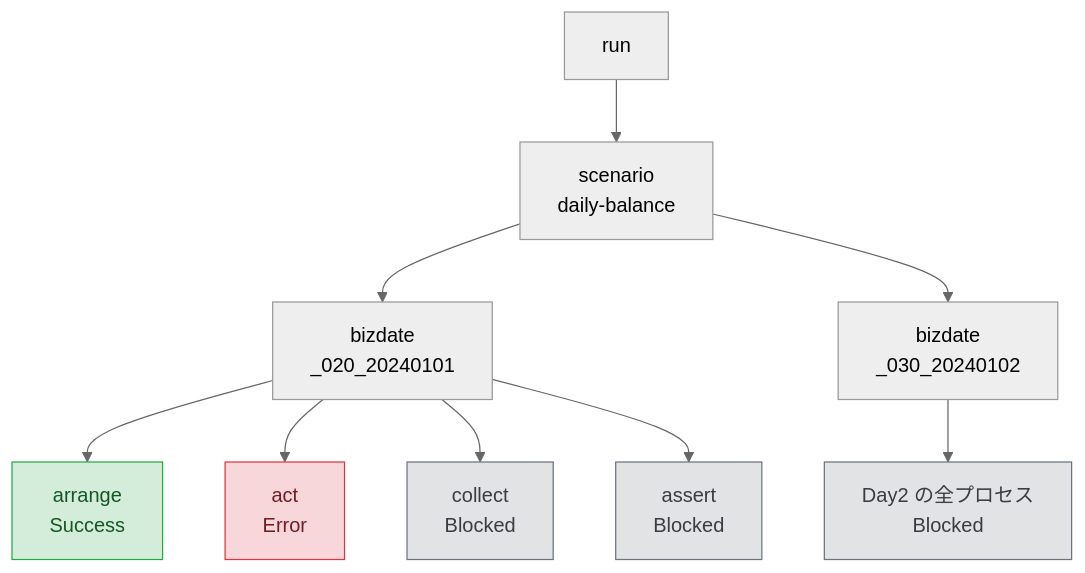
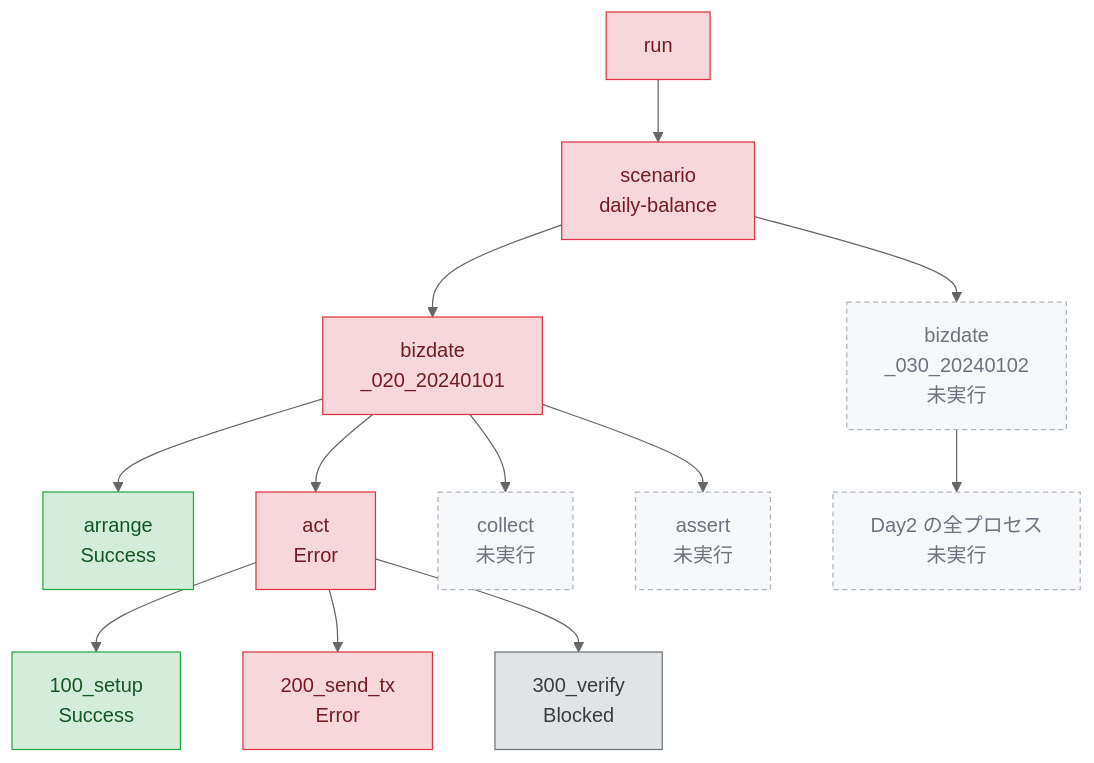
The first of 2 diagrams in articles/stfw_20260711.md (suwa-sh/zenn-contents), drawn with Mermaid (neutral theme) before and after one commit. The commit also changed other lines of this file, not shown here.

````diff
--- a/articles/stfw_20260711.md
+++ b/articles/stfw_20260711.md
@@ -229,17 +229,22 @@
 ```mermaid
 flowchart TD
   run["run"] --> sc["scenario<br/>daily-balance"]
   sc --> d1["bizdate<br/>_020_20240101"]
-  sc --> d2["bizdate<br/>_030_20240102"]
+  sc --> d2["bizdate<br/>_030_20240102<br/>未実行"]
   d1 --> p1["arrange<br/>Success"]
   d1 --> p2["act<br/>Error"]
-  d1 --> p3["collect<br/>Blocked"]
-  d1 --> p4["assert<br/>Blocked"]
-  d2 --> p5["Day2 の全プロセス<br/>Blocked"]
+  d1 --> p3["collect<br/>未実行"]
+  d1 --> p4["assert<br/>未実行"]
+  p2 --> s1["100_setup<br/>Success"]
+  p2 --> s2["200_send_tx<br/>Error"]
+  p2 --> s3["300_verify<br/>Blocked"]
+  d2 --> p5["Day2 の全プロセス<br/>未実行"]
   classDef success fill:#d4edda,stroke:#28a745,color:#155724
   classDef error fill:#f8d7da,stroke:#dc3545,color:#721c24
   classDef blocked fill:#e2e3e5,stroke:#6c757d,color:#383d41
-  class p1 success
-  class p2 error
-  class p3,p4,p5 blocked
+  classDef notrun fill:#f6f8fa,stroke:#adb5bd,color:#6c757d,stroke-dasharray:4 3
+  class p1,s1 success
+  class run,sc,d1,p2,s2 error
+  class s3 blocked
+  class d2,p3,p4,p5 notrun
 ```
````
